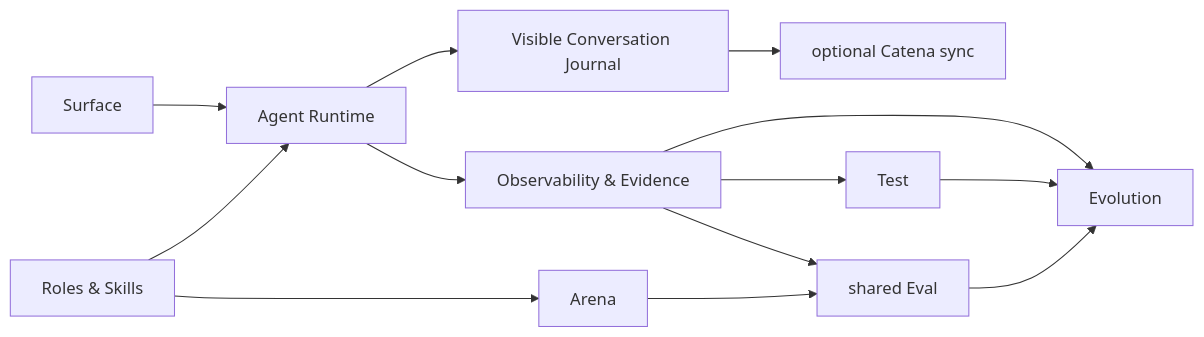
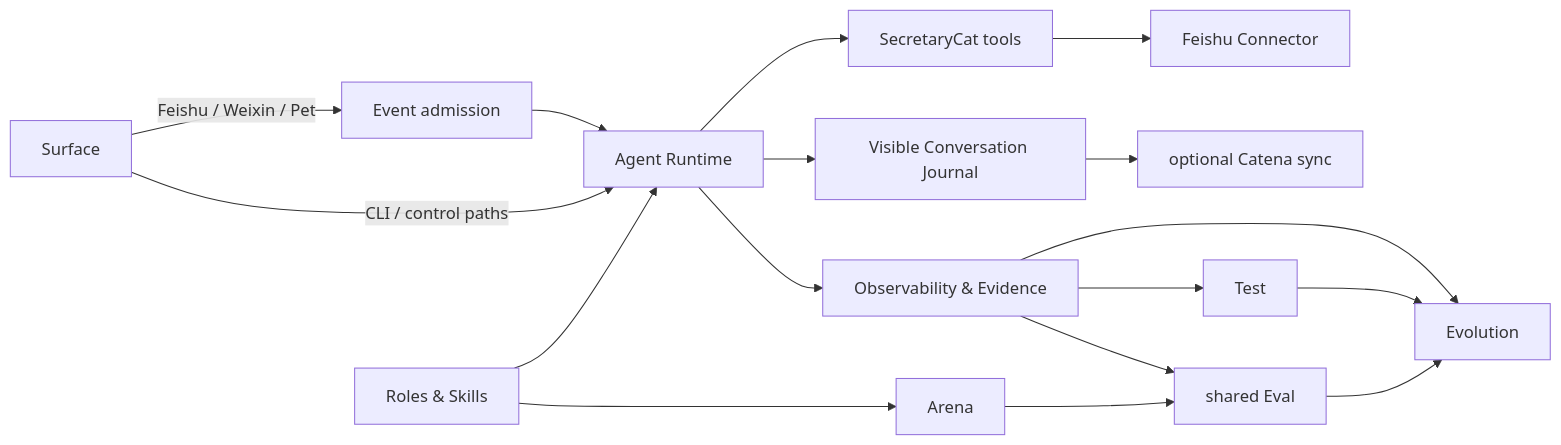
Before and after one commit to fightheyyy/xiaobaOS: the diagram in docs/PLAN.md, drawn with Mermaid. The commit also changed other lines of this file and 129 other files, not shown here.

Commit message:
feat: add personal agent events, memory, connectors and sandbox runtime

````diff
--- a/docs/PLAN.md
+++ b/docs/PLAN.md
@@ -36,15 +36,19 @@
 ```mermaid
 flowchart LR
-    Surface["Surface"] --> Runtime["Agent Runtime"]
+    Surface["Surface"] -->|Feishu / Weixin / Pet| Event["Event admission"]
+    Event --> Runtime["Agent Runtime"]
+    Surface -->|CLI / control paths| Runtime
+    Runtime --> Tools["SecretaryCat tools"]
+    Tools --> Connector["Feishu Connector"]
     Roles["Roles & Skills"] --> Runtime
     Runtime --> Evidence["Observability & Evidence"]
     Runtime --> Conversation["Visible Conversation Journal"]
     Conversation --> Catena["optional Catena sync"]
     Evidence --> Test["Test"]
     Evidence --> Eval["shared Eval"]
     Roles --> Arena["Arena"]
     Arena --> Eval
     Evidence --> Evolution["Evolution"]
     Test --> Evolution
     Eval --> Evolution
 ```
````
